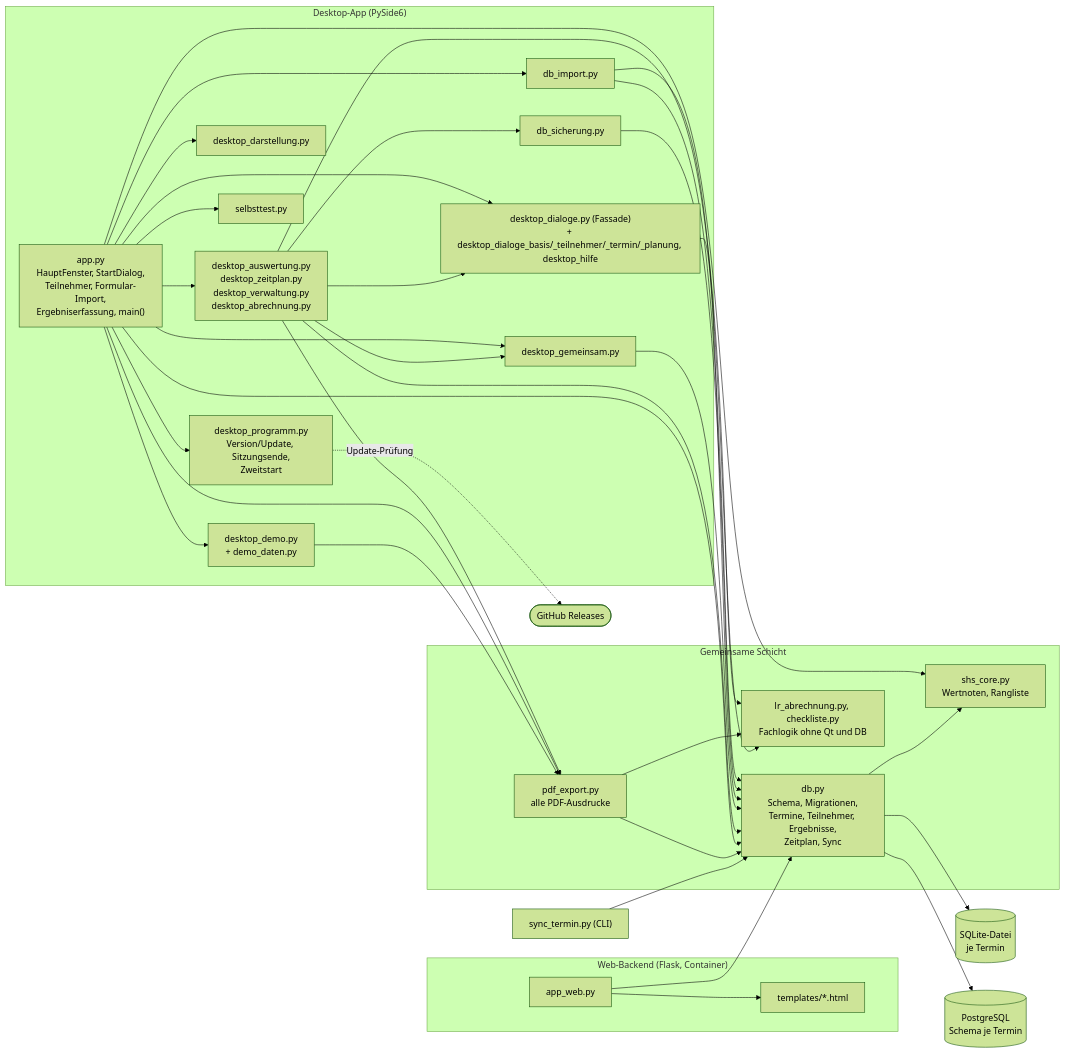
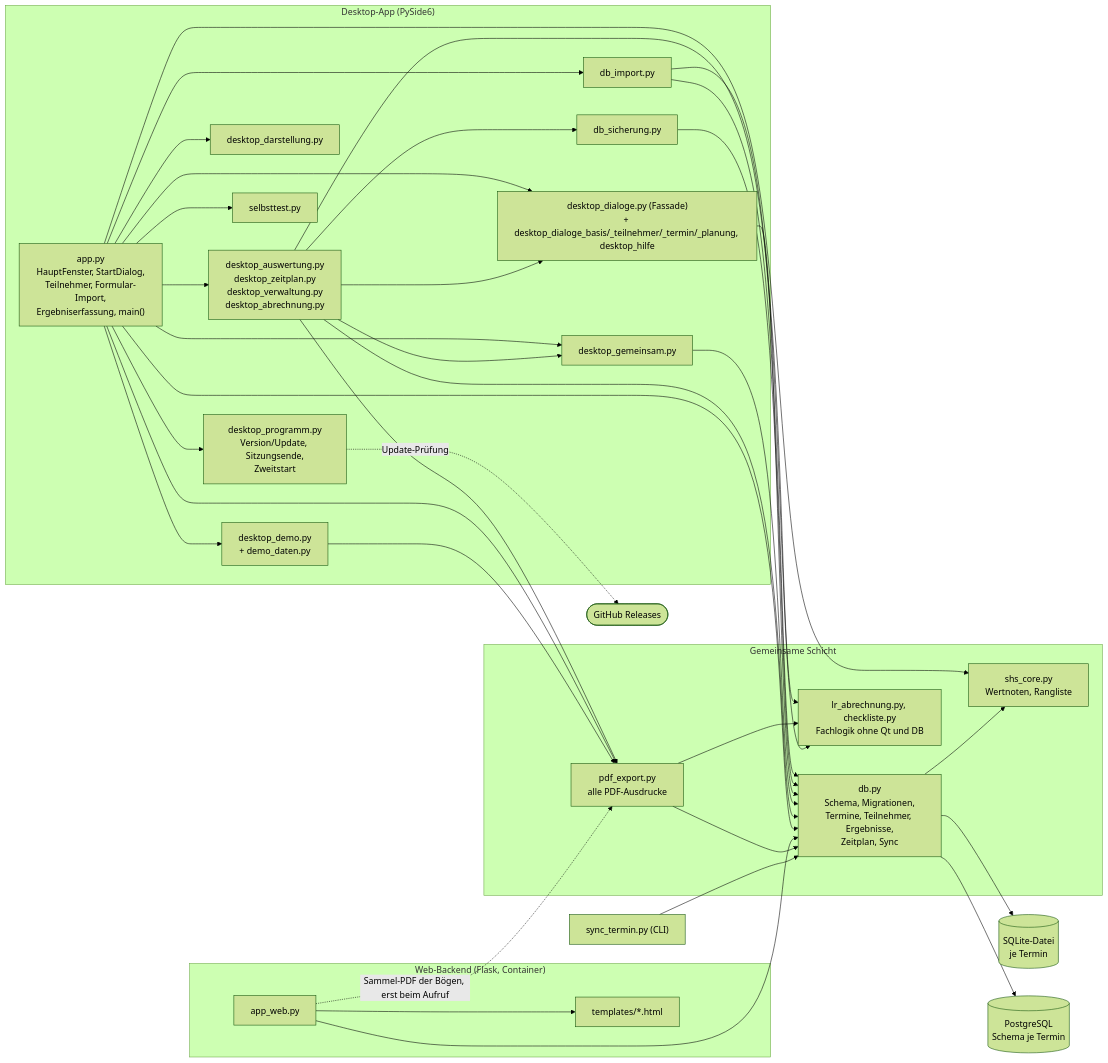
Before and after one commit to mbruver-source/SHS: the first of 15 diagrams in UML.md, drawn with Mermaid (forest theme). The commit also changed other lines of this file and 73 other files, not shown here.

````diff
--- a/UML.md
+++ b/UML.md
@@ -29,51 +29,52 @@
 ```mermaid
 flowchart LR
     subgraph Desktop["Desktop-App (PySide6)"]
         app["app.py<br/>HauptFenster, StartDialog,<br/>Teilnehmer, Formular-Import,<br/>Ergebniserfassung, main()"]
         reiter["desktop_auswertung.py<br/>desktop_zeitplan.py<br/>desktop_verwaltung.py<br/>desktop_abrechnung.py"]
         programm["desktop_programm.py<br/>Version/Update, Sitzungsende,<br/>Zweitstart"]
         dialoge["desktop_dialoge.py (Fassade)<br/>+ desktop_dialoge_basis/_teilnehmer/_termin/_planung, desktop_hilfe"]
         gemeinsam["desktop_gemeinsam.py"]
         darstellung["desktop_darstellung.py"]
         demo["desktop_demo.py<br/>+ demo_daten.py"]
         imp["db_import.py"]
         sich["db_sicherung.py"]
         selbst["selbsttest.py"]
     end
 
     subgraph Web["Web-Backend (Flask, Container)"]
         web["app_web.py"]
         tpl["templates/*.html"]
     end
 
     subgraph Kern["Gemeinsame Schicht"]
         db["db.py<br/>Schema, Migrationen,<br/>Termine, Teilnehmer, Ergebnisse,<br/>Zeitplan, Sync"]
         core["shs_core.py<br/>Wertnoten, Rangliste"]
         pdf["pdf_export.py<br/>alle PDF-Ausdrucke"]
         fach["lr_abrechnung.py, checkliste.py<br/>Fachlogik ohne Qt und DB"]
     end
 
     sqlite[("SQLite-Datei<br/>je Termin")]
     pg[("PostgreSQL<br/>Schema je Termin")]
     sync["sync_termin.py (CLI)"]
     gh(["GitHub Releases"])
 
     app --> reiter & programm & dialoge & gemeinsam & darstellung & demo & imp
     reiter --> dialoge & gemeinsam & sich & pdf
     app --> pdf & core & selbst
     demo --> pdf
     imp --> db
     sich --> db
     dialoge --> db
     gemeinsam --> db
     reiter --> db
     reiter & pdf & imp --> fach
     app --> db
     web --> db & tpl
+    web -.Sammel-PDF der Bögen, erst beim Aufruf.-> pdf
     pdf --> db
     db --> core
     db --> sqlite
     db --> pg
     sync --> db
     programm -.Update-Prüfung.-> gh
 ```
````
